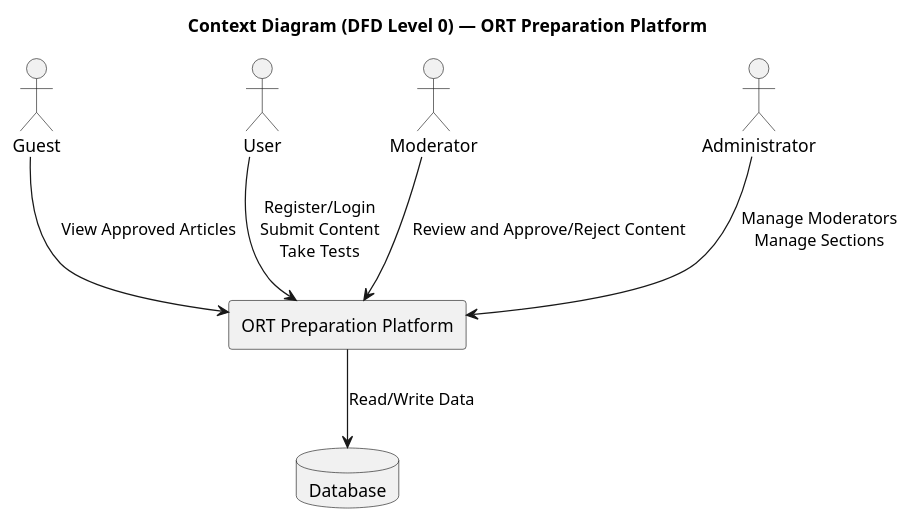
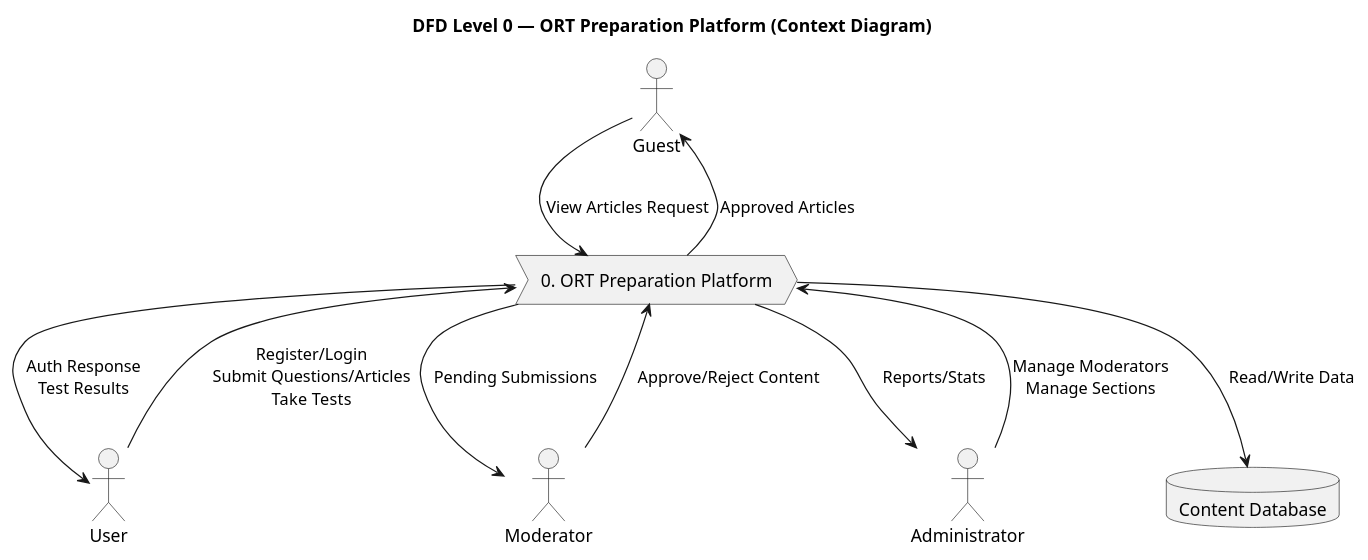
The diagram in docs/diagarms/dfd-level-0-context.puml (alydinus/ORT), drawn with PlantUML before and after one commit. The commit also changed 13 other files, not shown here.

Commit message:
Add DFD diagrams for ORT Preparation Platform, including context, level 1 decomposition, and content management processes

```diff
--- a/docs/diagarms/dfd-level-0-context.puml
+++ b/docs/diagarms/dfd-level-0-context.puml
@@ -1,19 +1,26 @@
 @startuml
-title Context Diagram (DFD Level 0) — ORT Preparation Platform
+title DFD Level 0 — ORT Preparation Platform (Context Diagram)
 
 actor Guest
 actor User
 actor Moderator
 actor Administrator
-database Database
+database "Content Database" as DB
 
-rectangle "ORT Preparation Platform" as System {
-}
+process "0. ORT Preparation Platform" as System
 
-Guest --> System : View Approved Articles
-User --> System : Register/Login\nSubmit Content\nTake Tests
-Moderator --> System : Review and Approve/Reject Content
+Guest --> System : View Articles Request
+System --> Guest : Approved Articles
+
+User --> System : Register/Login\nSubmit Questions/Articles\nTake Tests
+System --> User : Auth Response\nTest Results
+
+Moderator --> System : Approve/Reject Content
+System --> Moderator : Pending Submissions
+
 Administrator --> System : Manage Moderators\nManage Sections
-System --> Database : Read/Write Data
+System --> Administrator : Reports/Stats
+
+System --> DB : Read/Write Data
 
 @enduml
```
